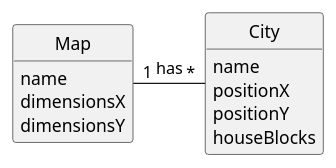
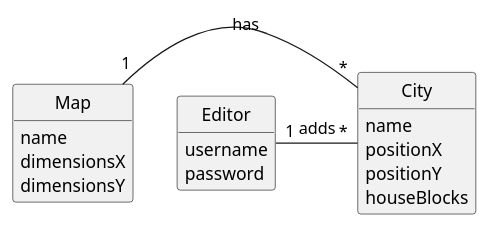
The diagram in docs/system-documentation/US003/02.analysis/puml/US003-DM.puml (bruno-monteiro5/sem2-pi-24.25-g132-repo), drawn with PlantUML before and after one commit. The commit also changed 2 other files, not shown here.

Commit message:
US003 analyses diagram

```diff
--- a/docs/system-documentation/US003/02.analysis/puml/US003-DM.puml
+++ b/docs/system-documentation/US003/02.analysis/puml/US003-DM.puml
@@ -1,31 +1,39 @@
 @startuml
 skinparam monochrome true
 skinparam packageStyle rectangle
 skinparam shadowing false
 
 'left to right direction
 
 skinparam classAttributeIconSize 0
 
 hide circle
 hide methods
 
 'title Domain Model
 
 class Map {
     name
     dimensionsX
     dimensionsY
 }
 
 class City {
     name
     positionX
     positionY
     houseBlocks
 }
 
+class Editor {
+    username
+    password
+
+}
 Map "1" - "*" City : has
+
+Editor "1" - "*" City : adds
+
 
 
 @enduml
```
